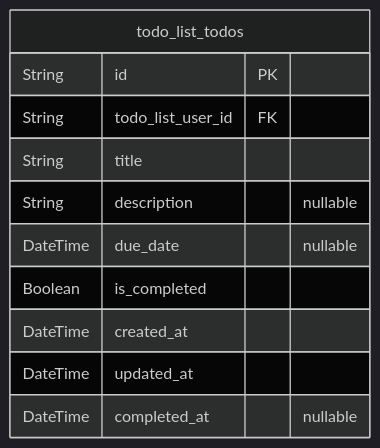
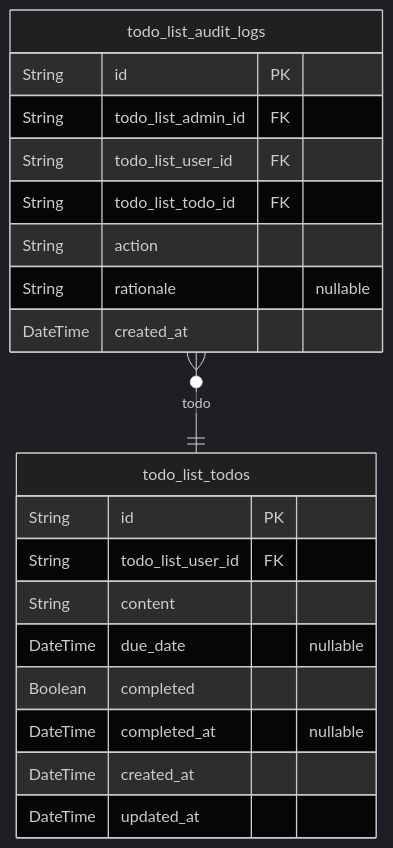
The second of 2 diagrams in docs/ERD.md (wrtnlabs/autobe-example-todo-openai-gpt-4.1), drawn with Mermaid (dark theme) before and after one commit. The commit also changed other lines of this file and 154 other files, not shown here.

````diff
--- a/docs/ERD.md
+++ b/docs/ERD.md
@@ -75,14 +126,23 @@
 ```mermaid
 erDiagram
 "todo_list_todos" {
   String id PK
   String todo_list_user_id FK
-  String title
-  String description "nullable"
+  String content
   DateTime due_date "nullable"
-  Boolean is_completed
+  Boolean completed
+  DateTime completed_at "nullable"
   DateTime created_at
   DateTime updated_at
-  DateTime completed_at "nullable"
 }
+"todo_list_audit_logs" {
+  String id PK
+  String todo_list_admin_id FK
+  String todo_list_user_id FK
+  String todo_list_todo_id FK
+  String action
+  String rationale "nullable"
+  DateTime created_at
+}
+"todo_list_audit_logs" }o--|| "todo_list_todos" : todo
 ```
````
